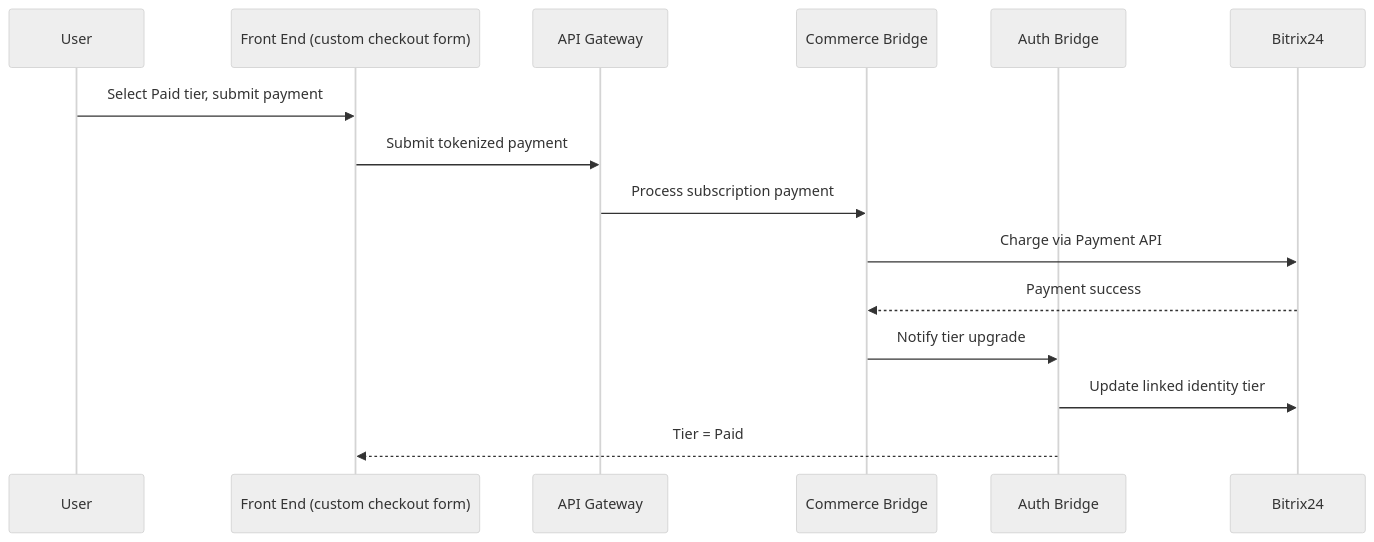
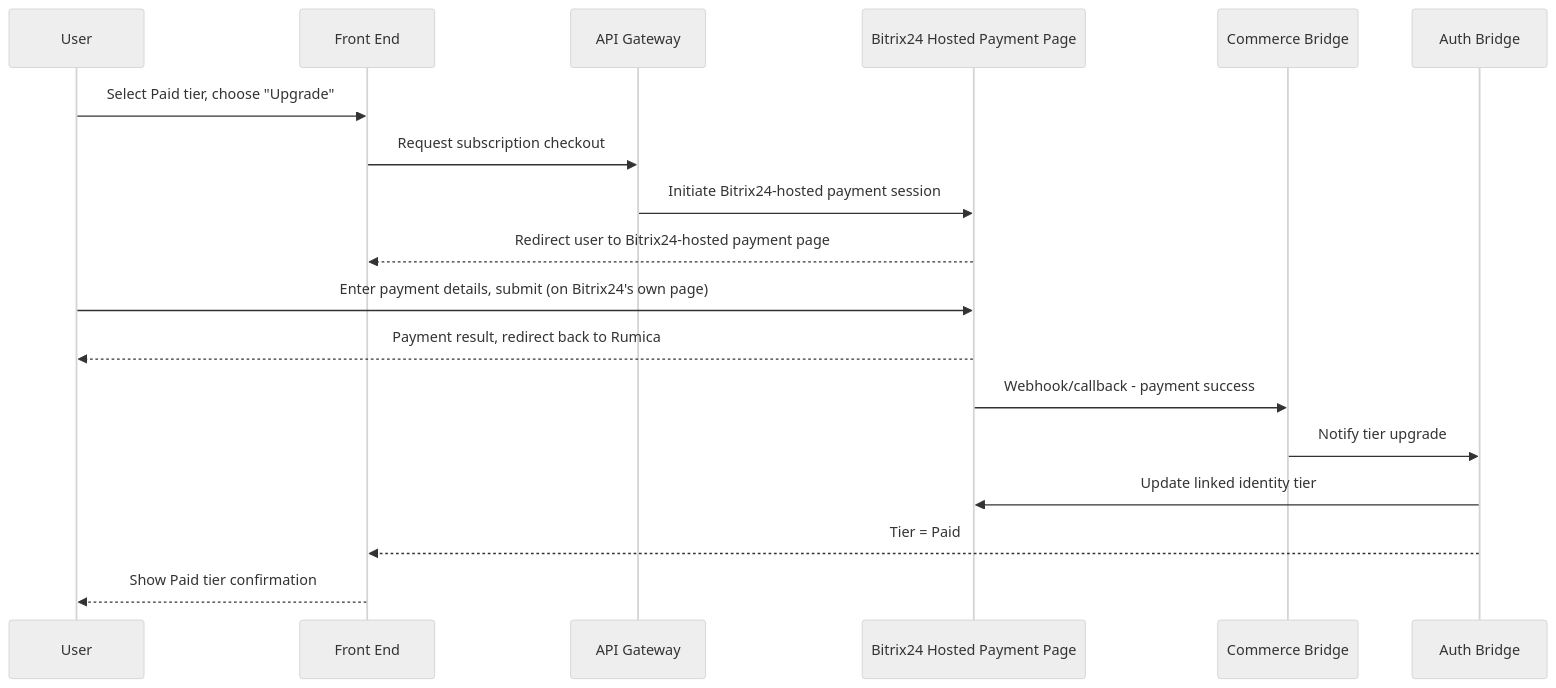
The tenth of 12 diagrams in projects/artdecor-home-design/ready-for-evaluation/architecture-specification.md (DzmitryKamashkaInt/business_analysys_pipeline), drawn with Mermaid (neutral theme) before and after one commit. The commit also changed other lines of this file and 1 other file, not shown here.

Commit message:
artdecor-home-design: evaluation round 2 — reworked

````diff
--- a/projects/artdecor-home-design/ready-for-evaluation/architecture-specification.md
+++ b/projects/artdecor-home-design/ready-for-evaluation/architecture-specification.md
@@ -232,18 +232,21 @@
 ```mermaid
 sequenceDiagram
     participant U as User
-    participant FE as Front End (custom checkout form)
+    participant FE as Front End
     participant GW as API Gateway
+    participant B24 as Bitrix24 Hosted Payment Page
     participant Commerce as Commerce Bridge
     participant Auth as Auth Bridge
-    participant B24 as Bitrix24
 
-    U->>FE: Select Paid tier, submit payment
-    FE->>GW: Submit tokenized payment
-    GW->>Commerce: Process subscription payment
-    Commerce->>B24: Charge via Payment API
-    B24-->>Commerce: Payment success
+    U->>FE: Select Paid tier, choose "Upgrade"
+    FE->>GW: Request subscription checkout
+    GW->>B24: Initiate Bitrix24-hosted payment session
+    B24-->>FE: Redirect user to Bitrix24-hosted payment page
+    U->>B24: Enter payment details, submit (on Bitrix24's own page)
+    B24-->>U: Payment result, redirect back to Rumica
+    B24->>Commerce: Webhook/callback - payment success
     Commerce->>Auth: Notify tier upgrade
     Auth->>B24: Update linked identity tier
     Auth-->>FE: Tier = Paid
+    FE-->>U: Show Paid tier confirmation
 ```
````
